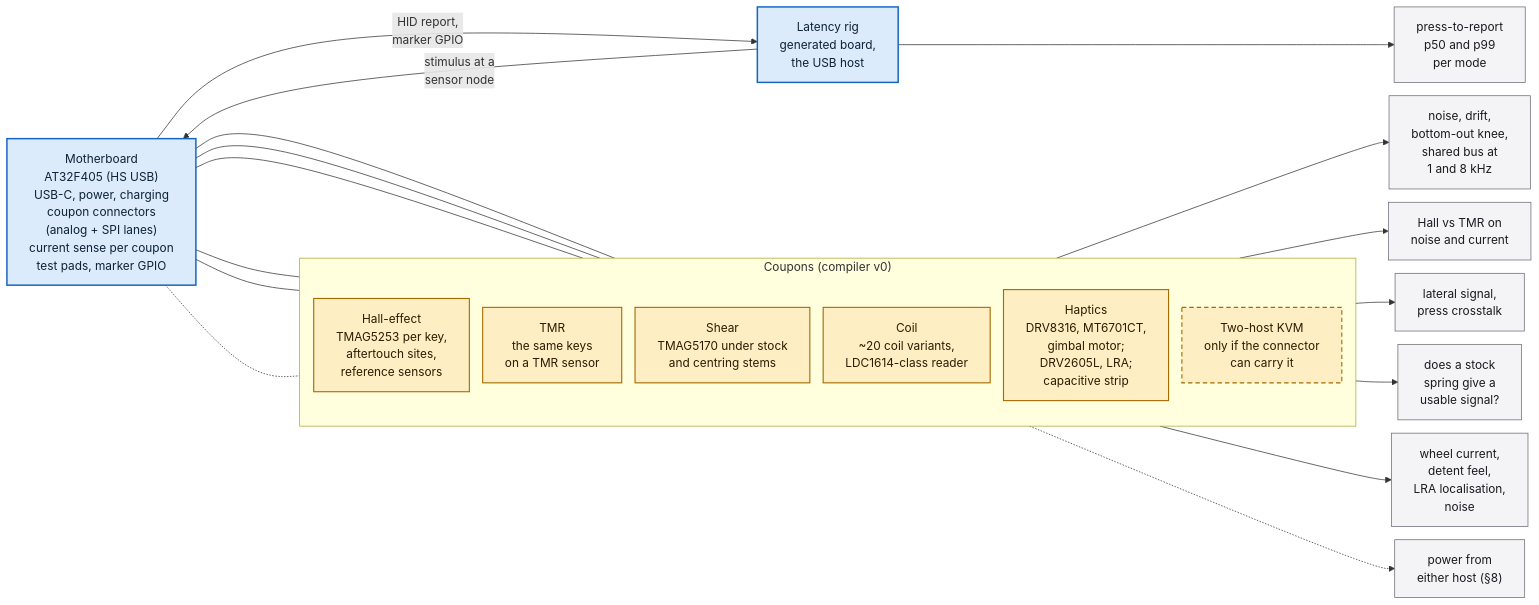
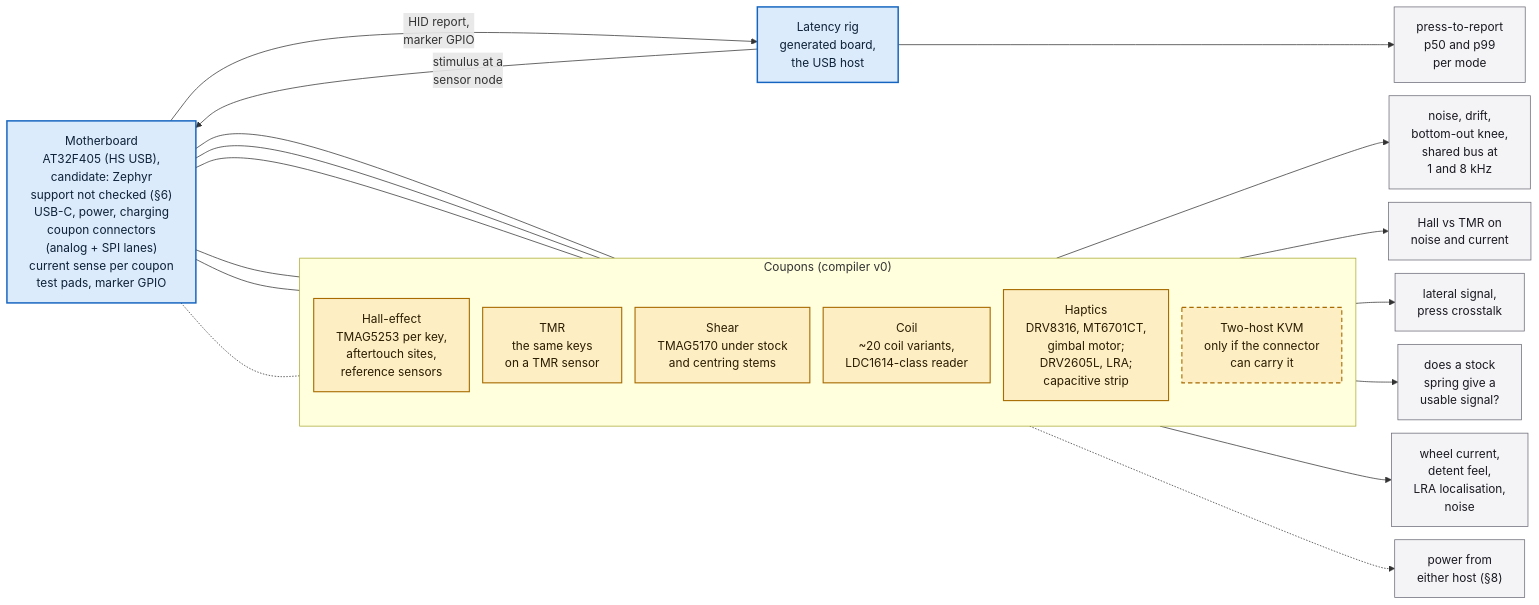
Before and after one commit to tyevco/prettycoolboards: diagram 20 of 22 in keyboard/docs/concept.md, drawn with Mermaid. The commit also changed other lines of this file and 72 other files, not shown here.

````diff
--- a/keyboard/docs/concept.md
+++ b/keyboard/docs/concept.md
@@ -1173,48 +1180,48 @@
 ```mermaid
 ---
 config:
   # the docs theme sets p { line-height: 28px }, which would clip the labels mermaid measured at 1.5
   themeCSS: "p { line-height: inherit; }"
   flowchart:
     nodeSpacing: 18
     rankSpacing: 44
     # without it the first coupon's border runs through the subgraph title
     subGraphTitleMargin: { top: 0, bottom: 8 }
 ---
 flowchart LR
-  MB["Motherboard<br/>AT32F405 (HS USB)<br/>USB-C, power, charging<br/>coupon connectors<br/>(analog + SPI lanes)<br/>current sense per coupon<br/>test pads, marker GPIO"]:::mb
+  MB["Motherboard<br/>AT32F405 (HS USB),<br/>candidate: Zephyr<br/>support not checked (§6)<br/>USB-C, power, charging<br/>coupon connectors<br/>(analog + SPI lanes)<br/>current sense per coupon<br/>test pads, marker GPIO"]:::mb
 
   subgraph CP["Coupons (compiler v0)"]
     direction TB
     HE["Hall-effect<br/>TMAG5253 per key,<br/>aftertouch sites,<br/>reference sensors"]:::cp
     TMR["TMR<br/>the same keys<br/>on a TMR sensor"]:::cp
     SH["Shear<br/>TMAG5170 under stock<br/>and centring stems"]:::cp
     COIL["Coil<br/>~20 coil variants,<br/>LDC1614-class reader"]:::cp
     HAP["Haptics<br/>DRV8316, MT6701CT,<br/>gimbal motor;<br/>DRV2605L, LRA;<br/>capacitive strip"]:::cp
     KVM["Two-host KVM<br/>only if the connector<br/>can carry it"]:::opt
   end
 
   MB --- HE
   MB --- TMR
   MB --- SH
   MB --- COIL
   MB --- HAP
   MB -.- KVM
 
   HE --> mHE["noise, drift,<br/>bottom-out knee,<br/>shared bus at<br/>1 and 8 kHz"]:::q
   TMR --> mTMR["Hall vs TMR on<br/>noise and current"]:::q
   SH --> mSH["lateral signal,<br/>press crosstalk"]:::q
   COIL --> mCOIL["does a stock<br/>spring give a<br/>usable signal?"]:::q
   HAP --> mHAP["wheel current,<br/>detent feel,<br/>LRA localisation,<br/>noise"]:::q
   KVM -.-> mKVM["power from<br/>either host (§8)"]:::q
 
   RIG["Latency rig<br/>generated board,<br/>the USB host"]:::mb
   RIG -->|"stimulus at a<br/>sensor node"| MB
   MB -->|"HID report,<br/>marker GPIO"| RIG
   RIG --> mRIG["press-to-report<br/>p50 and p99<br/>per mode"]:::q
 
   classDef mb fill:#dcebfb,stroke:#1565c0,stroke-width:2px,color:#0d2238
   classDef cp fill:#fdeec4,stroke:#a86b00,stroke-width:1.5px,color:#2b1d00
   classDef opt fill:#fdeec4,stroke:#a86b00,stroke-width:1.5px,stroke-dasharray:6 4,color:#2b1d00
   classDef q fill:#f4f4f6,stroke:#6b6b78,stroke-width:1px,color:#1a1a22
 ```
````
